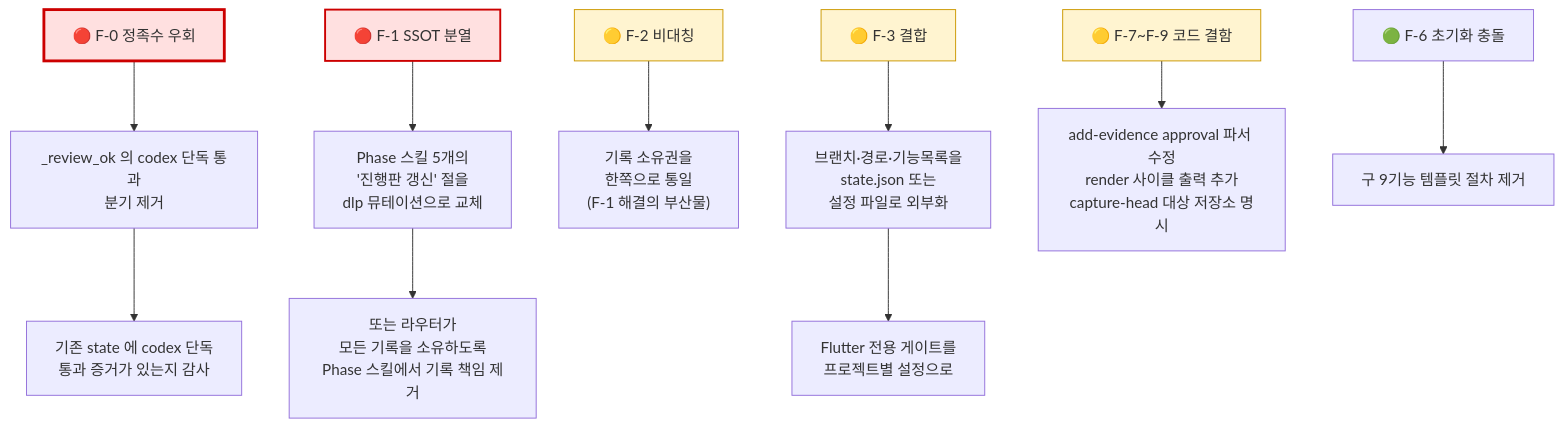
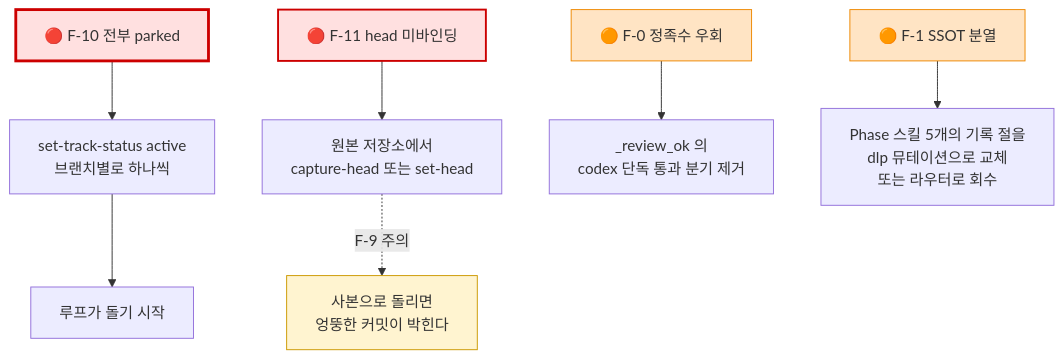
Before and after one commit to monocsp/custom_skills: the fourth of 4 diagrams in skills/develop-looping-process/references/findings-2026-07-30.md, drawn with Mermaid. The commit also changed other lines of this file and 1 other file, not shown here.

First line of the commit message:
docs(dlp): re-rank findings against the measured state

````diff
--- a/skills/develop-looping-process/references/findings-2026-07-30.md
+++ b/skills/develop-looping-process/references/findings-2026-07-30.md
@@ -247,23 +310,17 @@
 ```mermaid
 flowchart TD
-    F0["🔴 F-0 정족수 우회"] --> W0["_review_ok 의 codex 단독 통과<br/>분기 제거"]
-    W0 --> W0b["기존 state 에 codex 단독<br/>통과 증거가 있는지 감사"]
+    F10["🔴 F-10 전부 parked"] --> W10["set-track-status active<br/>브랜치별로 하나씩"]
+    W10 --> RUN["루프가 돌기 시작"]
 
-    F1["🔴 F-1 SSOT 분열"] --> W1["Phase 스킬 5개의<br/>'진행판 갱신' 절을<br/>dlp 뮤테이션으로 교체"]
-    W1 --> W2["또는 라우터가<br/>모든 기록을 소유하도록<br/>Phase 스킬에서 기록 책임 제거"]
+    F11["🔴 F-11 head 미바인딩"] --> W11["원본 저장소에서<br/>capture-head 또는 set-head"]
+    W11 -.->|"F-9 주의"| W9["사본으로 돌리면<br/>엉뚱한 커밋이 박힌다"]
 
-    F2["🟡 F-2 비대칭"] --> W3["기록 소유권을<br/>한쪽으로 통일<br/>(F-1 해결의 부산물)"]
+    F0["🟠 F-0 정족수 우회"] --> W0["_review_ok 의<br/>codex 단독 통과 분기 제거"]
+    F1["🟠 F-1 SSOT 분열"] --> W1["Phase 스킬 5개의 기록 절을<br/>dlp 뮤테이션으로 교체<br/>또는 라우터로 회수"]
 
-    F3["🟡 F-3 결합"] --> W4["브랜치·경로·기능목록을<br/>state.json 또는<br/>설정 파일로 외부화"]
-    W4 --> W5["Flutter 전용 게이트를<br/>프로젝트별 설정으로"]
-
-    F7["🟡 F-7~F-9 코드 결함"] --> W8["add-evidence approval 파서 수정<br/>render 사이클 출력 추가<br/>capture-head 대상 저장소 명시"]
-
-    F6["🟢 F-6 초기화 충돌"] --> W7["구 9기능 템플릿 절차 제거"]
-
-    style F0 fill:#ffe0e0,stroke:#c00,stroke-width:3px
-    style F1 fill:#ffe0e0,stroke:#c00,stroke-width:2px
-    style F2 fill:#fff4d0,stroke:#c90
-    style F3 fill:#fff4d0,stroke:#c90
-    style F7 fill:#fff4d0,stroke:#c90
+    style F10 fill:#ffe0e0,stroke:#c00,stroke-width:3px
+    style F11 fill:#ffe0e0,stroke:#c00,stroke-width:2px
+    style F0 fill:#ffe4c4,stroke:#e80
+    style F1 fill:#ffe4c4,stroke:#e80
+    style W9 fill:#fff4d0,stroke:#c90
 ```
````
